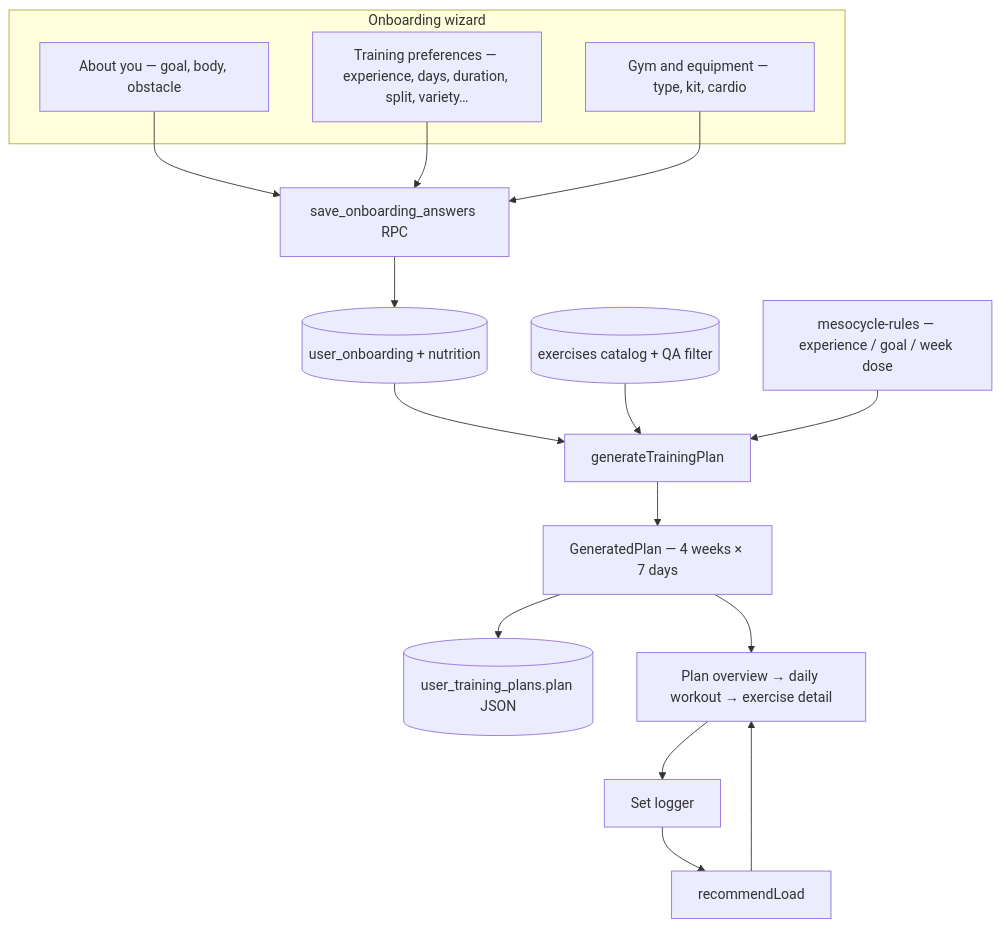
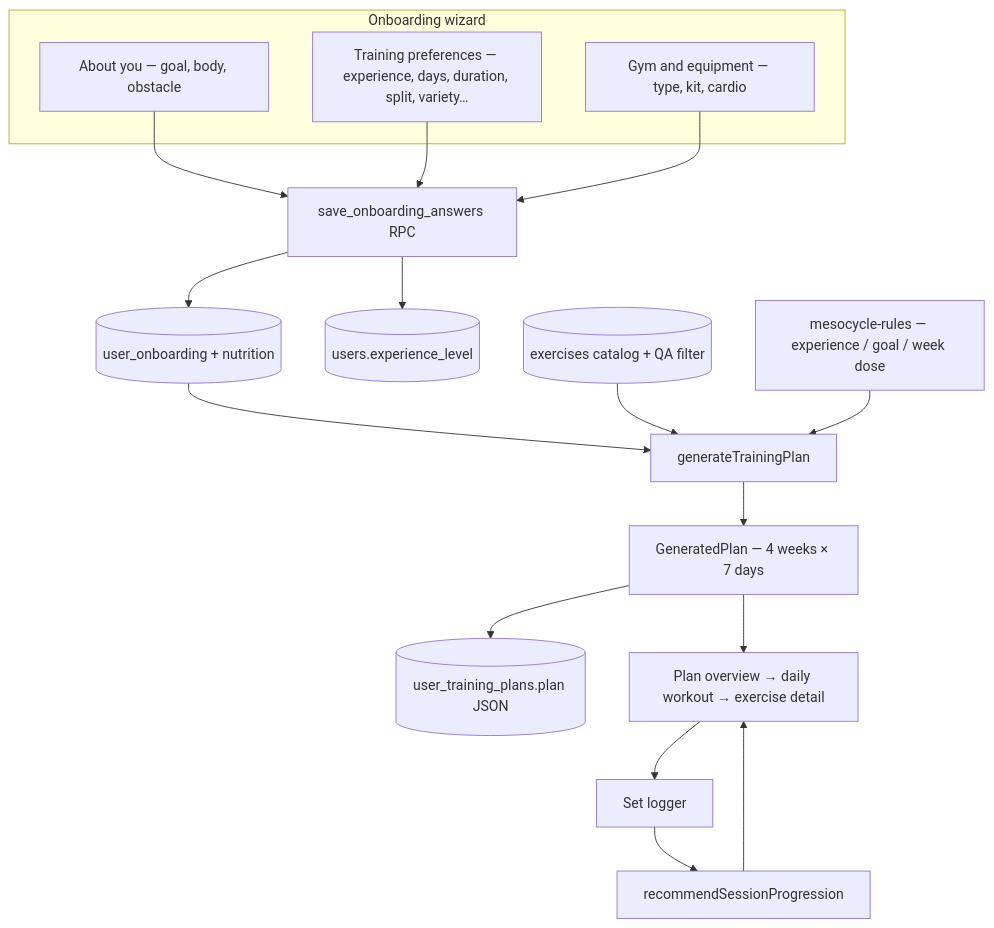
The first of 5 diagrams in docs/plan-engine/architecture.md (jeriel-rb/pacergo-app), drawn with Mermaid before and after one commit. The commit also changed other lines of this file and 80 other files, not shown here.

````diff
--- a/docs/plan-engine/architecture.md
+++ b/docs/plan-engine/architecture.md
@@ -5,25 +5,26 @@
 ```mermaid
 flowchart TB
   subgraph Onboarding["Onboarding wizard"]
     O1[About you — goal, body, obstacle]
     O2[Training preferences — experience, days, duration, split, variety…]
     O3[Gym and equipment — type, kit, cardio]
   end
 
   O1 --> Save[save_onboarding_answers RPC]
   O2 --> Save
   O3 --> Save
   Save --> Profile[(user_onboarding + nutrition)]
+  Save --> Public[(users.experience_level)]
 
   Profile --> Gen[generateTrainingPlan]
   Catalog[(exercises catalog + QA filter)] --> Gen
   Rules[mesocycle-rules — experience / goal / week dose] --> Gen
 
   Gen --> PlanJSON[GeneratedPlan — 4 weeks × 7 days]
   PlanJSON --> DB[(user_training_plans.plan JSON)]
   PlanJSON --> UI[Plan overview → daily workout → exercise detail]
 
   UI --> Log[Set logger]
-  Log --> Rec[recommendLoad]
+  Log --> Rec[recommendSessionProgression]
   Rec --> UI
 ```
````
